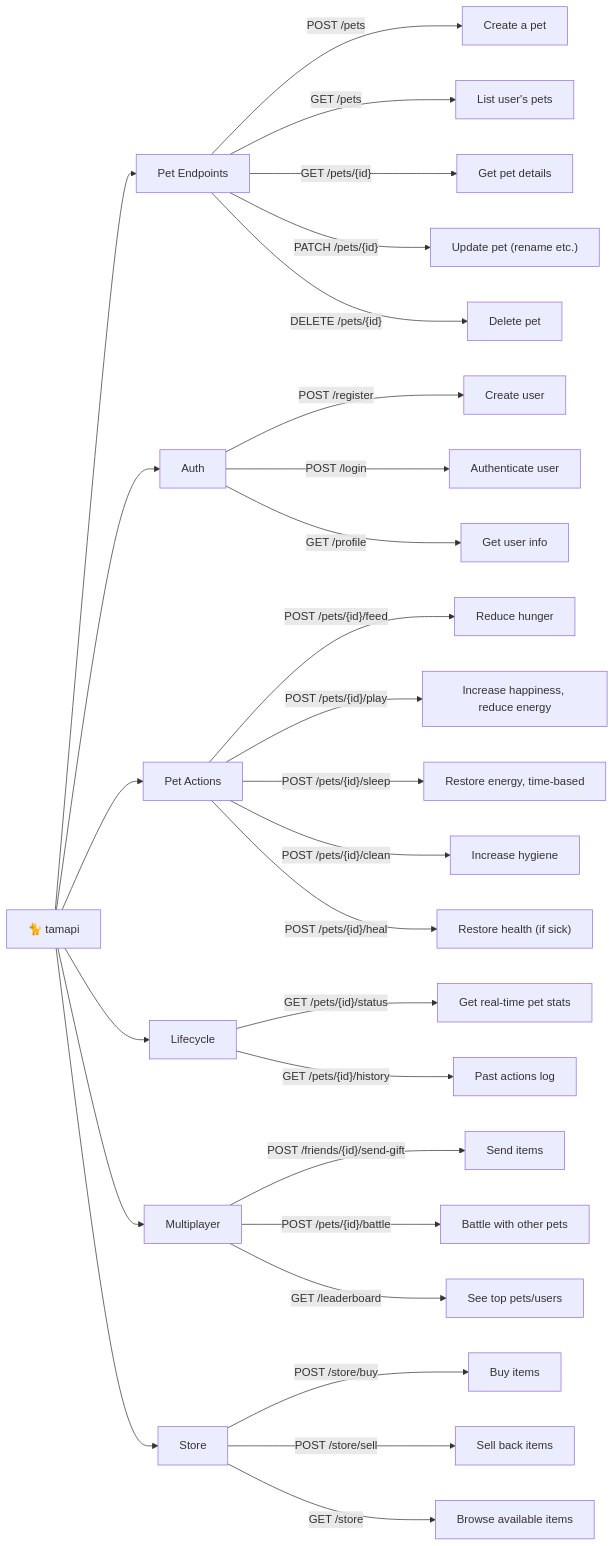
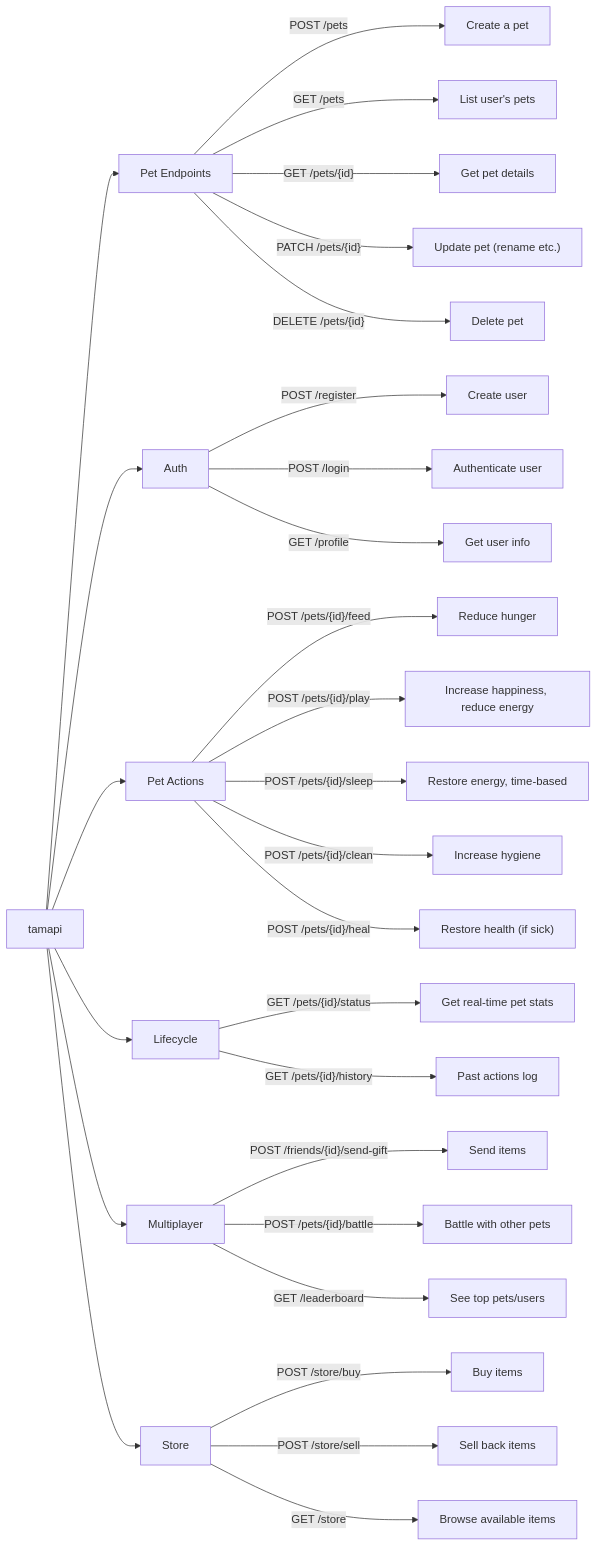
The diagram in docs/plan.md (dybdeskarphet/tamapi), drawn with Mermaid before and after one commit. The commit also changed 1 other file, not shown here.

Commit message:
docs: Update to-do and project plan documents

````diff
--- a/docs/plan.md
+++ b/docs/plan.md
@@ -5,30 +5,30 @@
 ```mermaid
 graph LR;
-	main["🐈 tamapi"]-->pe["Pet Endpoints"];
+	main["tamapi"]-->pe["Pet Endpoints"];
 	pe-->|"POST /pets"|createpet["Create a pet"];
 	pe-->|"GET /pets"|getpets["List user's pets"];
 	pe-->|"GET /pets/{id}"|getpetid["Get pet details"];
 	pe-->|"PATCH /pets/{id}"|patchpet["Update pet (rename etc.)"];
 	pe-->|"DELETE /pets/{id}"|deletepet["Delete pet"];
-	main["🐈 tamapi"]-->auth["Auth"];
+	main["tamapi"]-->auth["Auth"];
 	auth-->|"POST /register"|register["Create user"]
 	auth-->|"POST /login"|login["Authenticate user"]
 	auth-->|"GET /profile"|profile["Get user info"]
-	main["🐈 tamapi"]-->pac["Pet Actions"];
+	main["tamapi"]-->pac["Pet Actions"];
 	pac["Pet Actions"]-->|"POST /pets/{id}/feed"|petfeed["Reduce hunger"]
 	pac["Pet Actions"]-->|"POST /pets/{id}/play"|petplay["Increase happiness, reduce energy"]
 	pac["Pet Actions"]-->|"POST /pets/{id}/sleep"|petsleep["Restore energy, time-based"]
 	pac["Pet Actions"]-->|"POST /pets/{id}/clean"|petclean["Increase hygiene"]
 	pac["Pet Actions"]-->|"POST /pets/{id}/heal"|petheal["Restore health (if sick)"]
-	main["🐈 tamapi"]-->plc["Lifecycle"];
+	main["tamapi"]-->plc["Lifecycle"];
     plc-->|"GET /pets/{id}/status"|petstatus["Get real-time pet stats"]
     plc-->|"GET /pets/{id}/history"|pethistory["Past actions log"]
-	main["🐈 tamapi"]-->pmp["Multiplayer"];
+	main["tamapi"]-->pmp["Multiplayer"];
     pmp-->|"POST /friends/{id}/send-gift"|petgift["Send items"]
     pmp-->|"POST /pets/{id}/battle"|petbattle["Battle with other pets"]
     pmp-->|"GET /leaderboard"|leaderbord["See top pets/users"]
-	main["🐈 tamapi"]-->pst["Store"];
+	main["tamapi"]-->pst["Store"];
     pst-->|"POST /store/buy"|butstore["Buy items"]
     pst-->|"POST /store/sell"|sellstore["Sell back items"]
     pst-->|"GET /store"|browsestore["Browse available items"]
 ```
````
